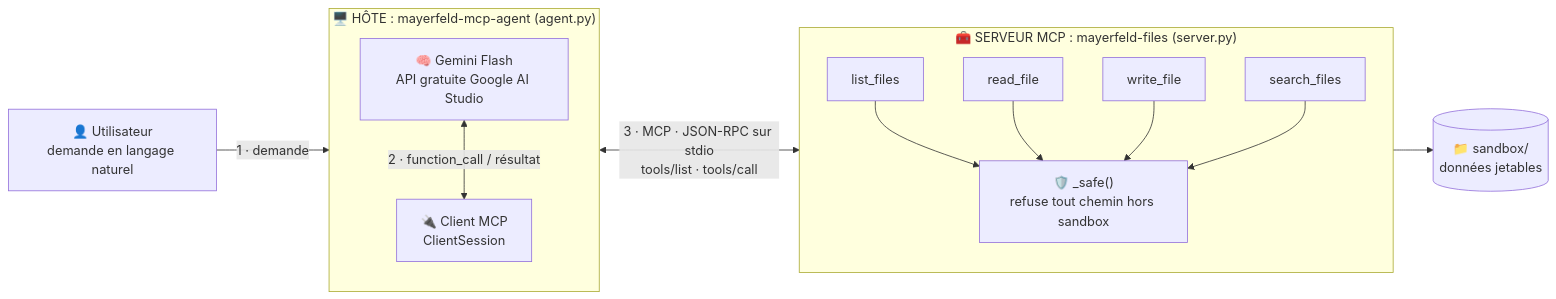
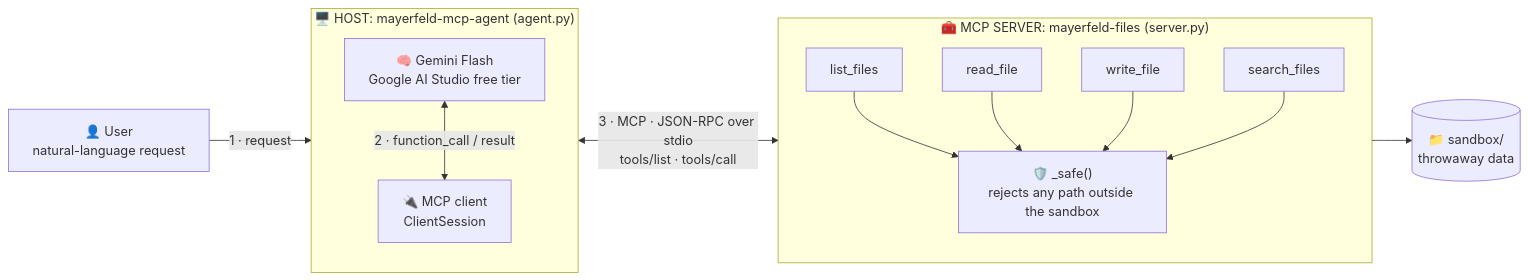
Before and after one commit to TatangF/mayerfeld-mcp-demo: the first of 2 diagrams in README.md, drawn with Mermaid. The commit also changed other lines of this file, not shown here.

````diff
--- a/README.md
+++ b/README.md
@@ -9,30 +9,30 @@
 ```mermaid
 flowchart LR
-    U["👤 Utilisateur<br/>demande en langage naturel"]
+    U["👤 User<br/>natural-language request"]
 
-    subgraph HOTE["🖥️ HÔTE : mayerfeld-mcp-agent (agent.py)"]
+    subgraph HOST["🖥️ HOST: mayerfeld-mcp-agent (agent.py)"]
         direction TB
-        LLM["🧠 Gemini Flash<br/>API gratuite Google AI Studio"]
-        CLI["🔌 Client MCP<br/>ClientSession"]
+        LLM["🧠 Gemini Flash<br/>Google AI Studio free tier"]
+        CLI["🔌 MCP client<br/>ClientSession"]
     end
 
-    subgraph SRV["🧰 SERVEUR MCP : mayerfeld-files (server.py)"]
+    subgraph SRV["🧰 MCP SERVER: mayerfeld-files (server.py)"]
         direction TB
         T1["list_files"]
         T2["read_file"]
         T3["write_file"]
         T4["search_files"]
-        G["🛡️ _safe()<br/>refuse tout chemin hors sandbox"]
+        G["🛡️ _safe()<br/>rejects any path outside the sandbox"]
     end
 
-    FS[("📁 sandbox/<br/>données jetables")]
+    FS[("📁 sandbox/<br/>throwaway data")]
 
-    U -->|"1 · demande"| LLM
-    LLM <-->|"2 · function_call / résultat"| CLI
-    CLI <-->|"3 · MCP · JSON-RPC sur stdio<br/>tools/list · tools/call"| SRV
+    U -->|"1 · request"| LLM
+    LLM <-->|"2 · function_call / result"| CLI
+    CLI <-->|"3 · MCP · JSON-RPC over stdio<br/>tools/list · tools/call"| SRV
     T1 --> G
     T2 --> G
     T3 --> G
     T4 --> G
     G --> FS
 ```
````
